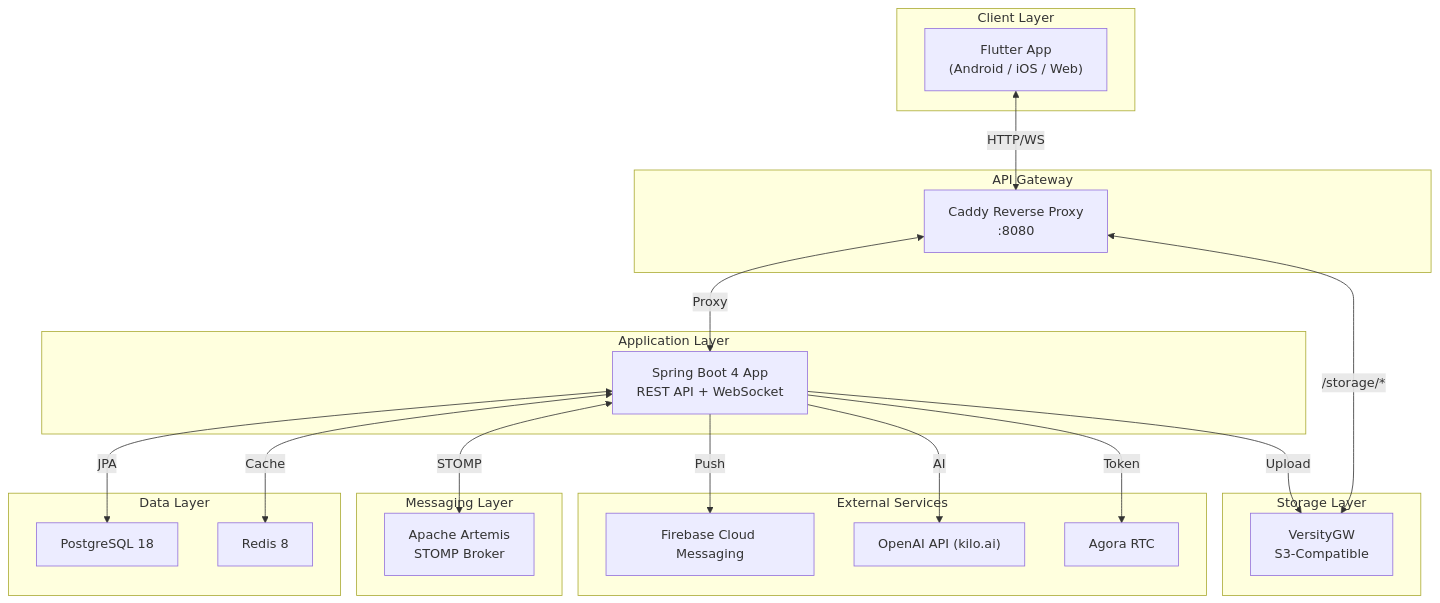
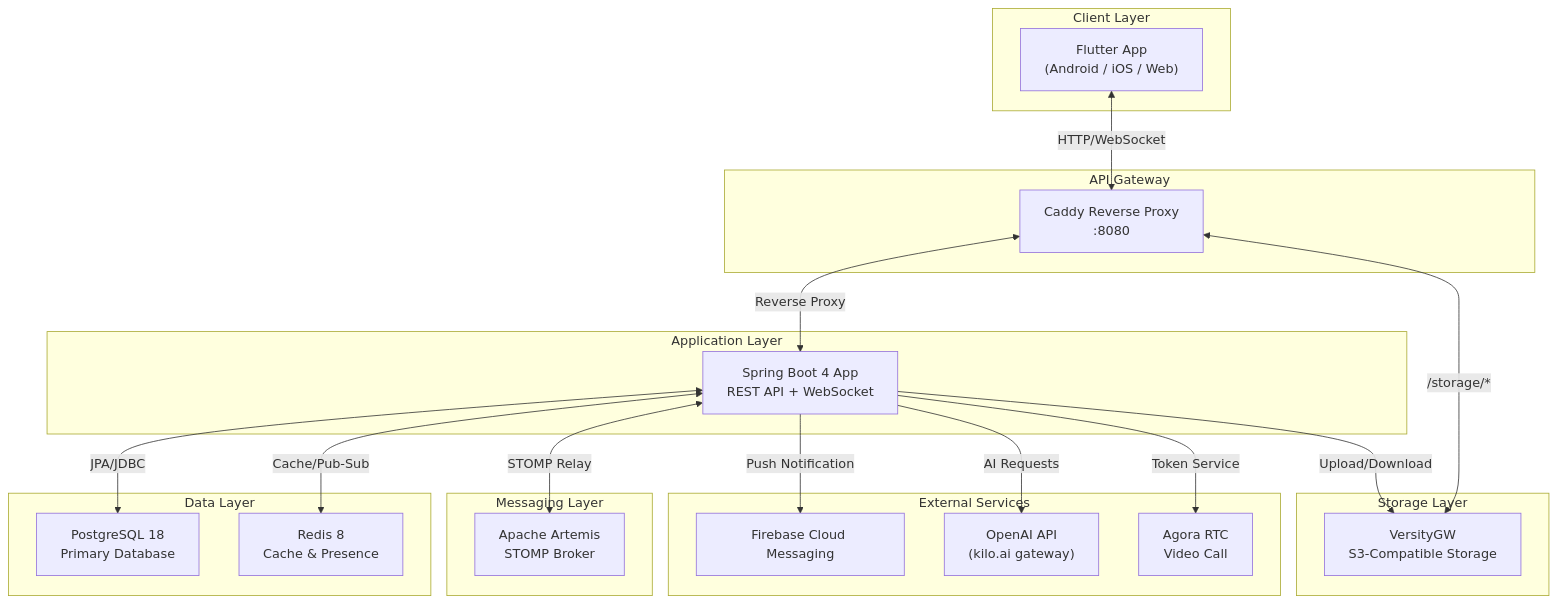
One commit to HiepNguyen284/chatapp changed the first of 11 diagrams in bao_cao_thanh_vien_4.md. Above: the diagram before and after it, drawn with Mermaid. The commit also changed other lines of this file and 4473 other files, not shown here.

````diff
--- a/bao_cao_thanh_vien_4.md
+++ b/bao_cao_thanh_vien_4.md
@@ -352,38 +296,38 @@
 ```mermaid
 graph TB
     subgraph Client["Client Layer"]
         FL["Flutter App<br/>(Android / iOS / Web)"]
     end
     subgraph Gateway["API Gateway"]
         CA["Caddy Reverse Proxy<br/>:8080"]
     end
     subgraph Backend["Application Layer"]
         SB["Spring Boot 4 App<br/>REST API + WebSocket"]
     end
     subgraph Data["Data Layer"]
-        PG["PostgreSQL 18"]
-        RD["Redis 8"]
+        PG["PostgreSQL 18<br/>Primary Database"]
+        RD["Redis 8<br/>Cache & Presence"]
     end
     subgraph Messaging["Messaging Layer"]
         AR["Apache Artemis<br/>STOMP Broker"]
     end
     subgraph Storage["Storage Layer"]
-        S3["VersityGW<br/>S3-Compatible"]
+        S3["VersityGW<br/>S3-Compatible Storage"]
     end
     subgraph External["External Services"]
         FB["Firebase Cloud Messaging"]
-        AI["OpenAI API (kilo.ai)"]
-        AG["Agora RTC"]
+        AI["OpenAI API<br/>(kilo.ai gateway)"]
+        AG["Agora RTC<br/>Video Call"]
     end
 
-    FL <-->|"HTTP/WS"| CA
-    CA <-->|"Proxy"| SB
+    FL <-->|"HTTP/WebSocket"| CA
+    CA <-->|"Reverse Proxy"| SB
     CA <-->|"/storage/*"| S3
-    SB <-->|"JPA"| PG
-    SB <-->|"Cache"| RD
-    SB <-->|"STOMP"| AR
-    SB -->|"Upload"| S3
-    SB -->|"Push"| FB
-    SB -->|"AI"| AI
-    SB -->|"Token"| AG
+    SB <-->|"JPA/JDBC"| PG
+    SB <-->|"Cache/Pub-Sub"| RD
+    SB <-->|"STOMP Relay"| AR
+    SB -->|"Upload/Download"| S3
+    SB -->|"Push Notification"| FB
+    SB -->|"AI Requests"| AI
+    SB -->|"Token Service"| AG
 ```
````
